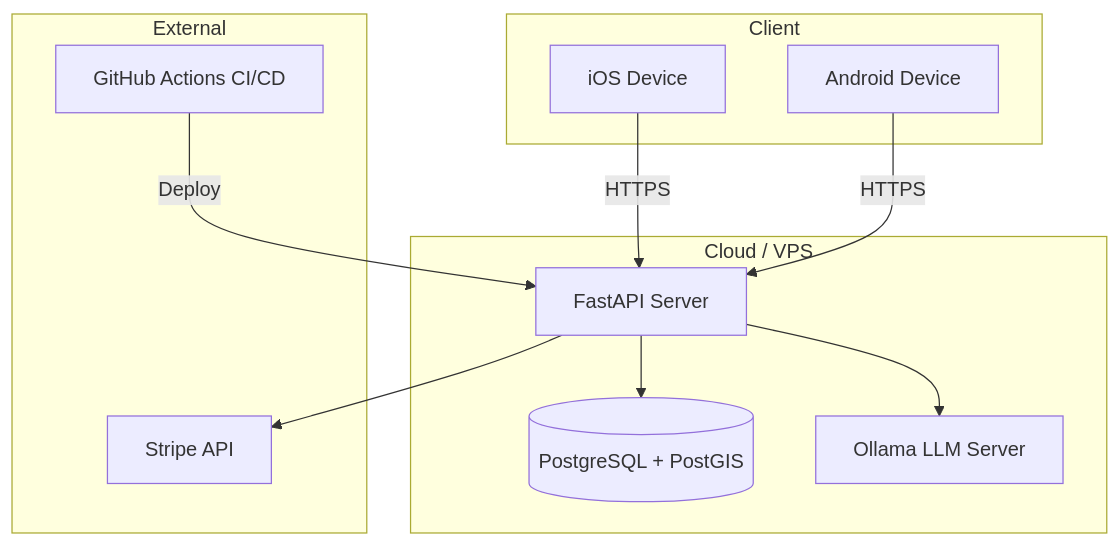
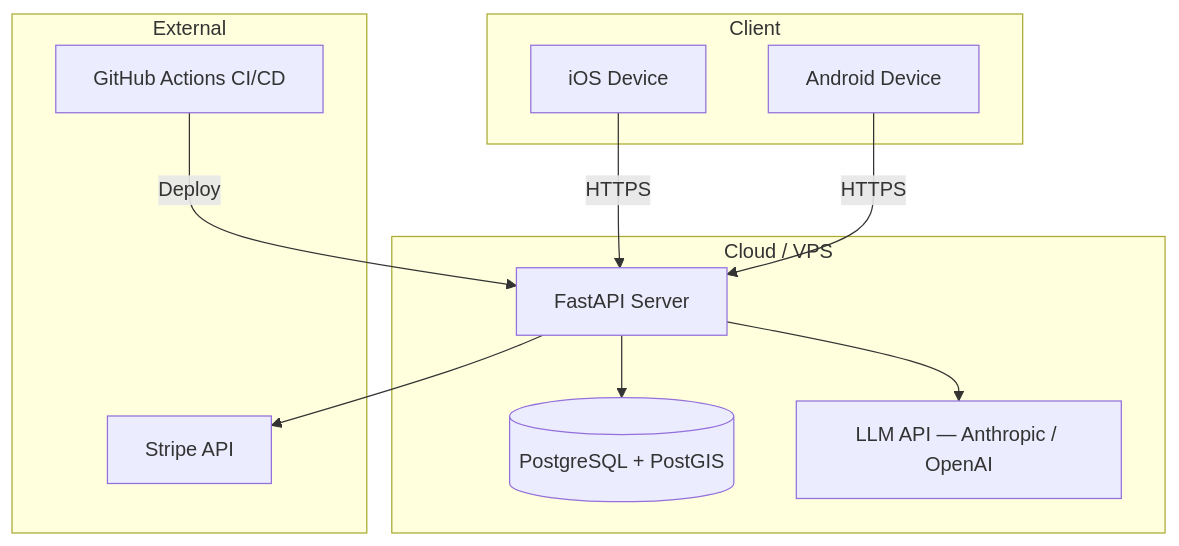
Before and after one commit to aliniacob13/FitPlus: the fifth of 5 diagrams in docs/arhitecture.md, drawn with Mermaid. The commit also changed other lines of this file and 7 other files, not shown here.

````diff
--- a/docs/arhitecture.md
+++ b/docs/arhitecture.md
@@ -242,25 +240,25 @@
 ```mermaid
 graph TB
     subgraph Client
         iOS[iOS Device]
         Android[Android Device]
     end
 
     subgraph Cloud["Cloud / VPS"]
         FastAPI[FastAPI Server]
         PG[(PostgreSQL + PostGIS)]
-        Ollama[Ollama LLM Server]
+        LLMCloud[LLM API — Anthropic / OpenAI]
     end
 
     subgraph External
         StripeAPI[Stripe API]
         GH[GitHub Actions CI/CD]
     end
 
     iOS -->|HTTPS| FastAPI
     Android -->|HTTPS| FastAPI
     FastAPI --> PG
-    FastAPI --> Ollama
+    FastAPI --> LLMCloud
     FastAPI --> StripeAPI
     GH -->|Deploy| FastAPI
 ```
````
